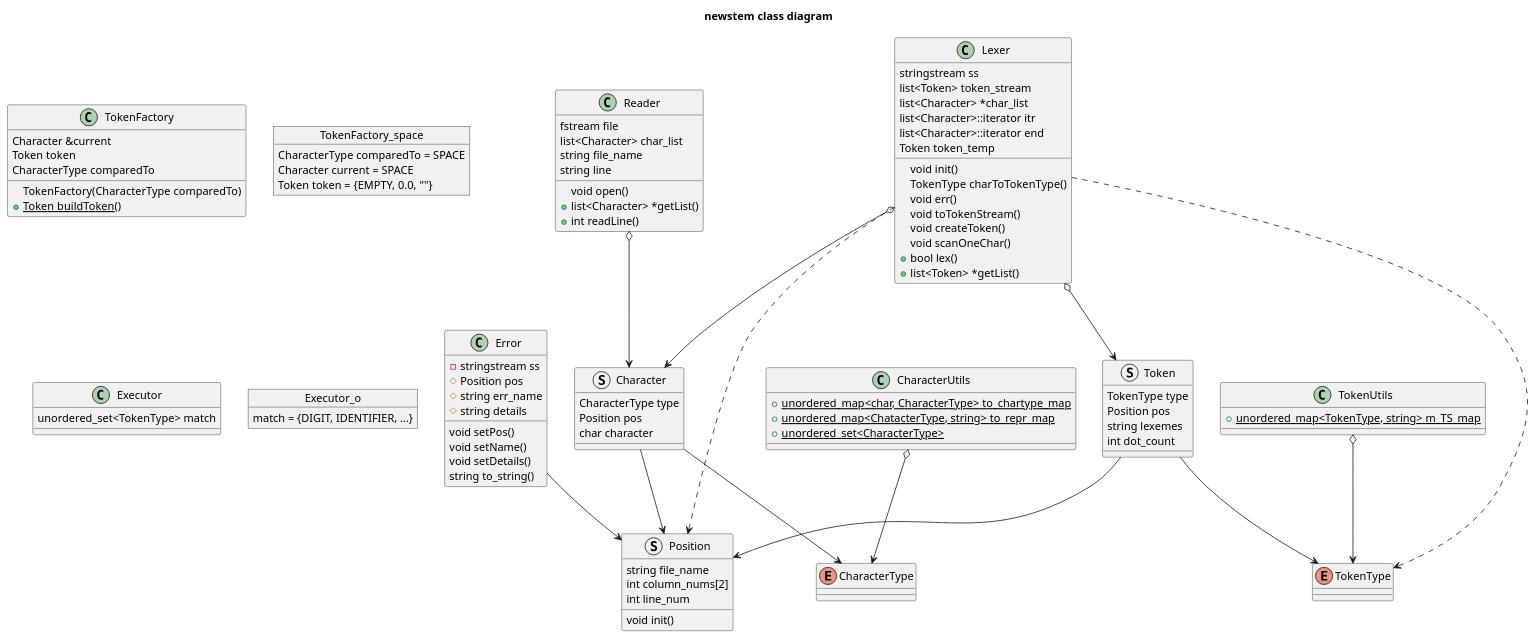
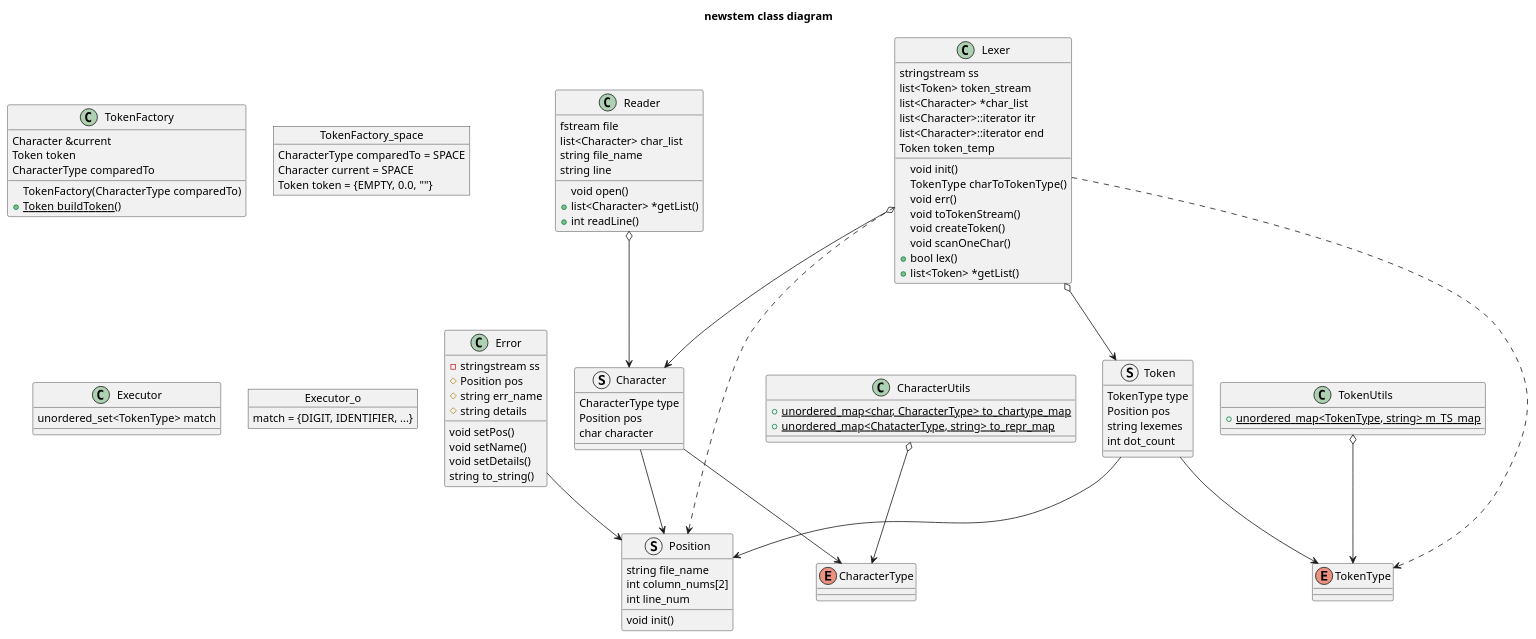
The second of 2 diagrams in .devcontainer/stem.md (CSaintos/Mua), drawn with PlantUML before and after one commit. The commit also changed 14 other files, not shown here.

First line of the commit message:
Add Character, CharacterType, and CharacterUtils

```diff
--- a/.devcontainer/stem.md
+++ b/.devcontainer/stem.md
@@ -212,7 +212,6 @@
 class CharacterUtils {
 +{static} unordered_map<char, CharacterType> to_chartype_map
 +{static} unordered_map<ChatacterType, string> to_repr_map
-+{static} unordered_set<CharacterType>  
 }
 CharacterUtils o--> CharacterType
 struct Character {
```
